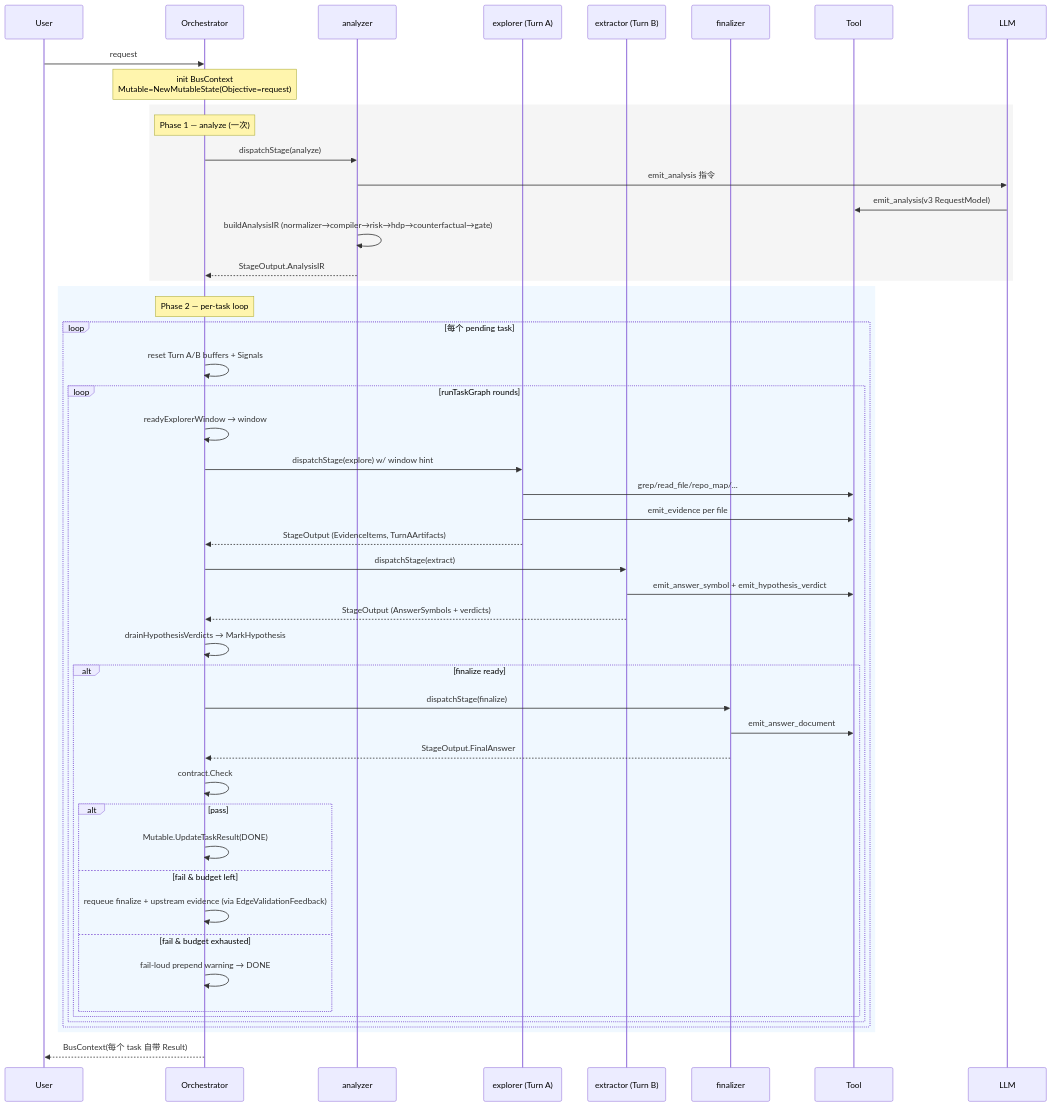
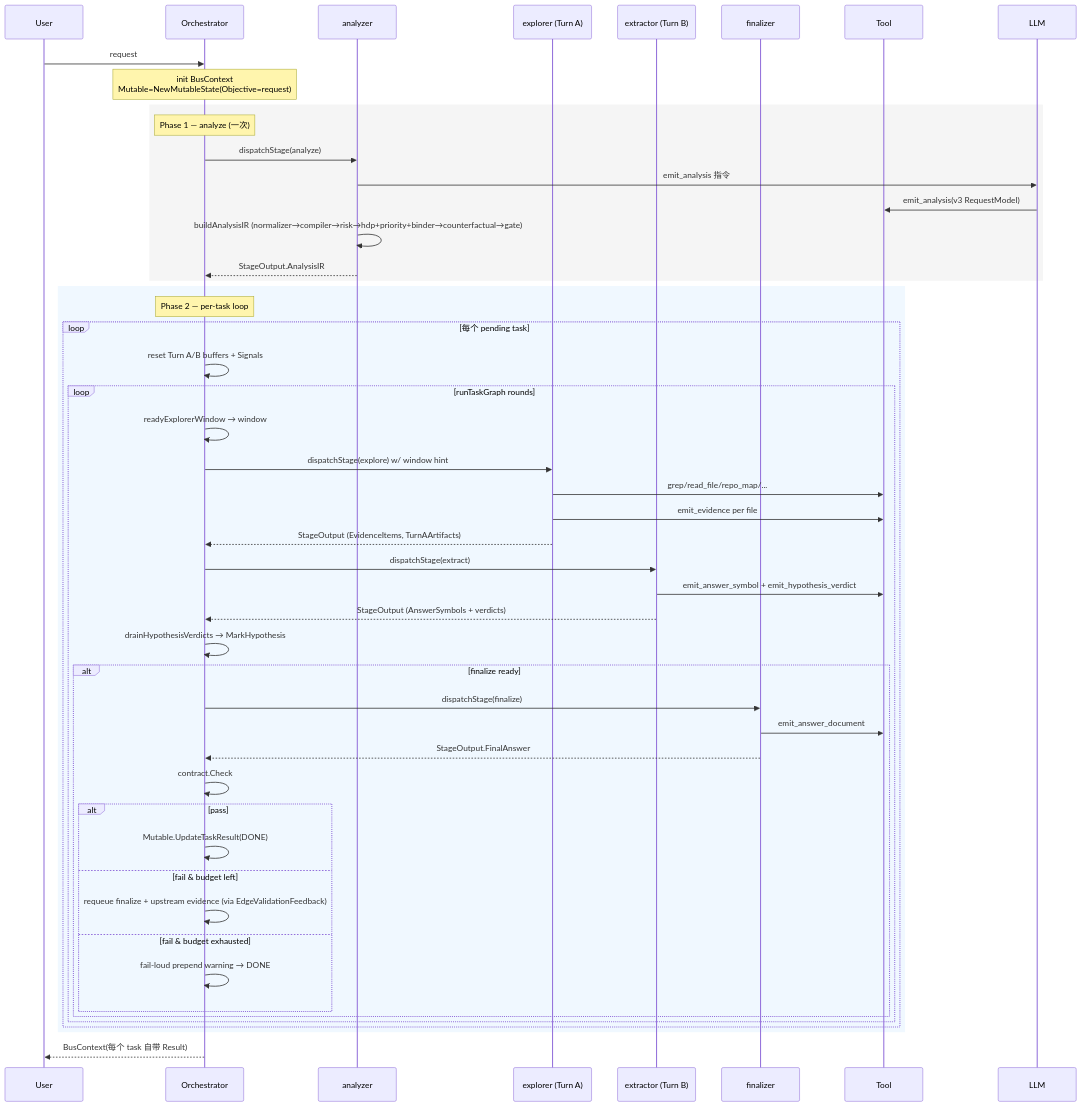
One commit to hanchaoqun/codrax changed the fourth of 4 diagrams in docs/architecture.md. Above: the diagram before and after it, drawn with Mermaid. The commit also changed other lines of this file and 1 other file, not shown here.

Commit message:
docs: sync CLAUDE.md + architecture.md with IR refactor code reality
Address 11 findings from code-vs-docs audit:
- List all 7 gate checks in order with hard/soft classification
- Document priority.Score weights and packing scheme
- Document binder re-run after counterfactual expansion
- Fix sourcemix gate description (ctx.Mutable.BudgetRemaining, not sourcemix.BudgetForTool)
- Note AcceptanceTests uses local switch, not criterion.Eval
- Add analysis sub-packages table (14 packages)
- Document readyExplorerWindow blocked return + StopConditions as Criterion
- Expand extractor auto-verdict injection details

````diff
--- a/docs/architecture.md
+++ b/docs/architecture.md
@@ -631,56 +631,56 @@
 ```mermaid
 sequenceDiagram
     participant User
     participant Orch as Orchestrator
     participant A as analyzer
     participant E as explorer (Turn A)
     participant X as extractor (Turn B)
     participant F as finalizer
     participant Tool
     participant LLM
 
     User->>Orch: request
     Note over Orch: init BusContext<br/>Mutable=NewMutableState(Objective=request)
 
     rect rgb(245,245,245)
     Note over Orch: Phase 1 — analyze (一次)
     Orch->>A: dispatchStage(analyze)
     A->>LLM: emit_analysis 指令
     LLM->>Tool: emit_analysis(v3 RequestModel)
-    A->>A: buildAnalysisIR (normalizer→compiler→risk→hdp→counterfactual→gate)
+    A->>A: buildAnalysisIR (normalizer→compiler→risk→hdp+priority+binder→counterfactual→gate)
     A-->>Orch: StageOutput.AnalysisIR
     end
 
     rect rgb(240,248,255)
     Note over Orch: Phase 2 — per-task loop
     loop 每个 pending task
         Orch->>Orch: reset Turn A/B buffers + Signals
         loop runTaskGraph rounds
             Orch->>Orch: readyExplorerWindow → window
             Orch->>E: dispatchStage(explore) w/ window hint
             E->>Tool: grep/read_file/repo_map/...
             E->>Tool: emit_evidence per file
             E-->>Orch: StageOutput (EvidenceItems, TurnAArtifacts)
             Orch->>X: dispatchStage(extract)
             X->>Tool: emit_answer_symbol + emit_hypothesis_verdict
             X-->>Orch: StageOutput (AnswerSymbols + verdicts)
             Orch->>Orch: drainHypothesisVerdicts → MarkHypothesis
             alt finalize ready
                 Orch->>F: dispatchStage(finalize)
                 F->>Tool: emit_answer_document
                 F-->>Orch: StageOutput.FinalAnswer
                 Orch->>Orch: contract.Check
                 alt pass
                     Orch->>Orch: Mutable.UpdateTaskResult(DONE)
                 else fail & budget left
                     Orch->>Orch: requeue finalize + upstream evidence (via EdgeValidationFeedback)
                 else fail & budget exhausted
                     Orch->>Orch: fail-loud prepend warning → DONE
                 end
             end
         end
     end
     end
 
     Orch-->>User: BusContext(每个 task 自带 Result)
 ```
````
